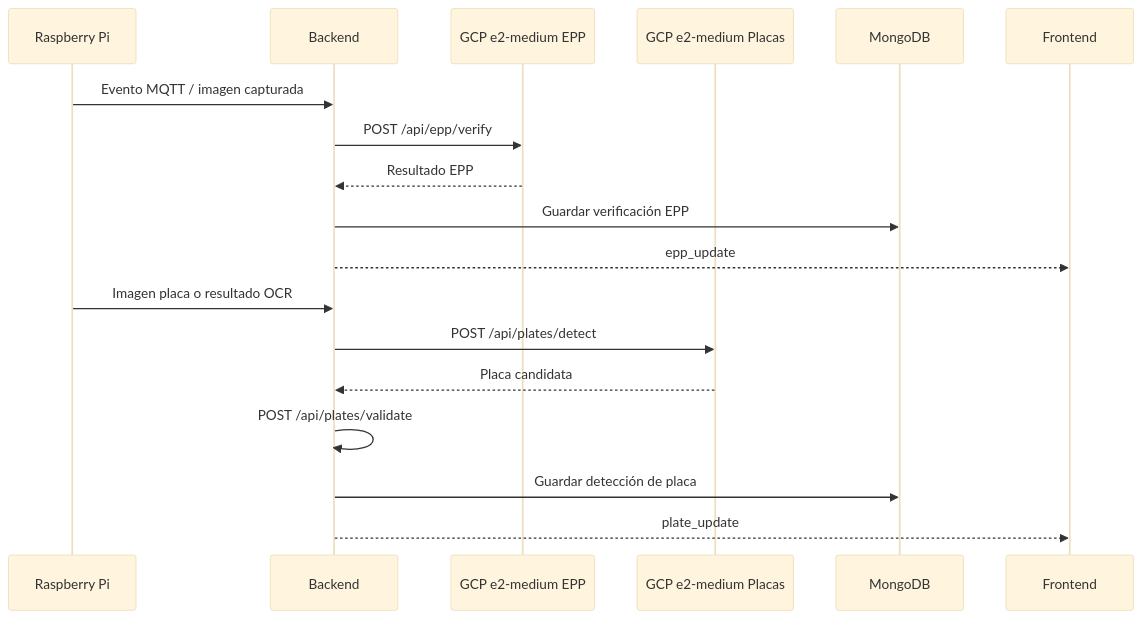
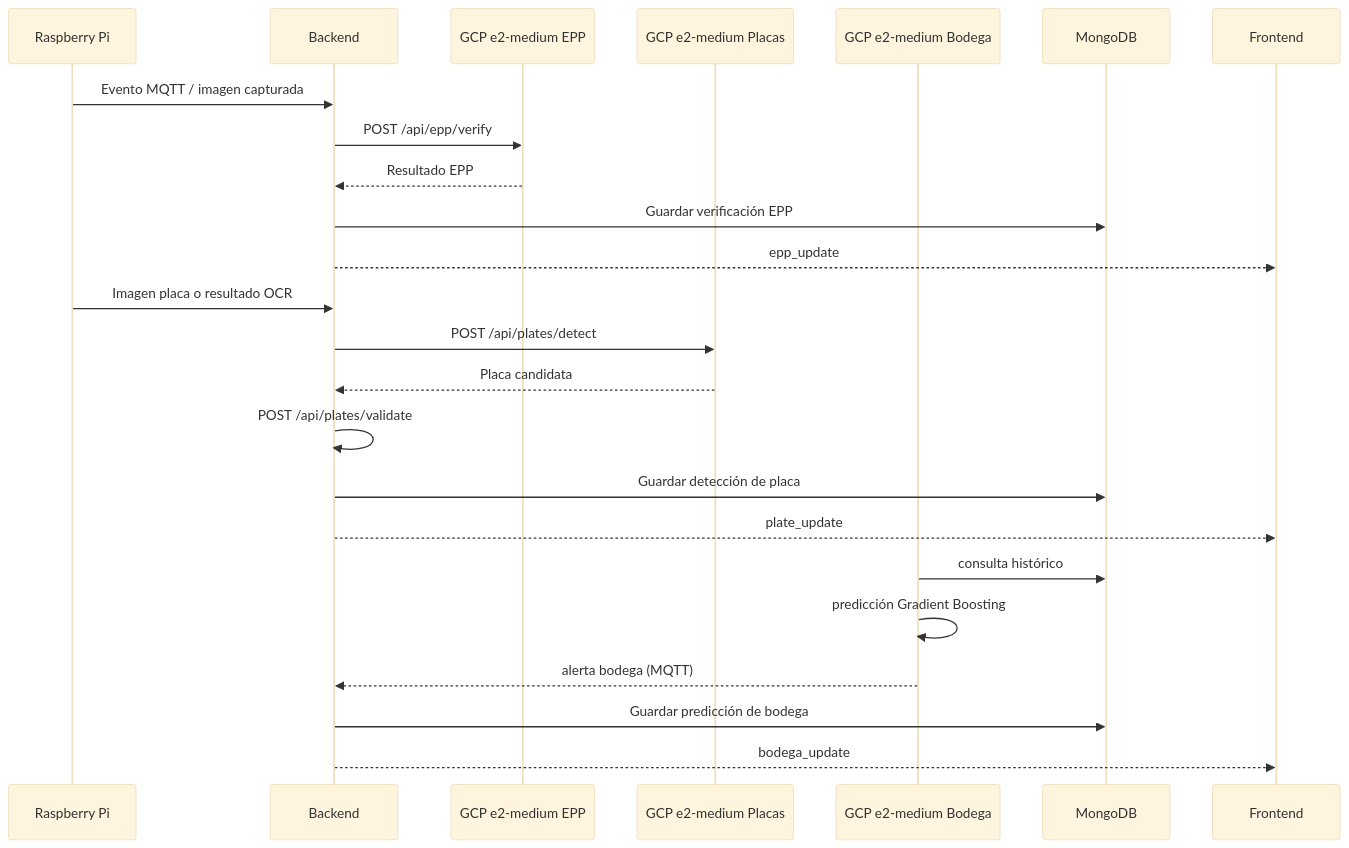
Before and after one commit to hugoarana89/Arqui2_Fase2: the third of 3 diagrams in Fase3/Documentacion/Manual_Tecnico.md, drawn with Mermaid (base theme). The commit also changed other lines of this file, not shown here.

````diff
--- a/Fase3/Documentacion/Manual_Tecnico.md
+++ b/Fase3/Documentacion/Manual_Tecnico.md
@@ -213,22 +267,29 @@
 ```mermaid
 sequenceDiagram
 	participant R as Raspberry Pi
 	participant B as Backend
 	participant E as GCP e2-medium EPP
 	participant P as GCP e2-medium Placas
+	participant D as GCP e2-medium Bodega
 	participant M as MongoDB
 	participant F as Frontend
 
 	R->>B: Evento MQTT / imagen capturada
 	B->>E: POST /api/epp/verify
 	E-->>B: Resultado EPP
 	B->>M: Guardar verificación EPP
 	B-->>F: epp_update
 
 	R->>B: Imagen placa o resultado OCR
 	B->>P: POST /api/plates/detect
 	P-->>B: Placa candidata
 	B->>B: POST /api/plates/validate
 	B->>M: Guardar detección de placa
 	B-->>F: plate_update
+
+	D->>M: consulta histórico
+	D->>D: predicción Gradient Boosting
+	D-->>B: alerta bodega (MQTT)
+	B->>M: Guardar predicción de bodega
+	B-->>F: bodega_update
 ```
````
